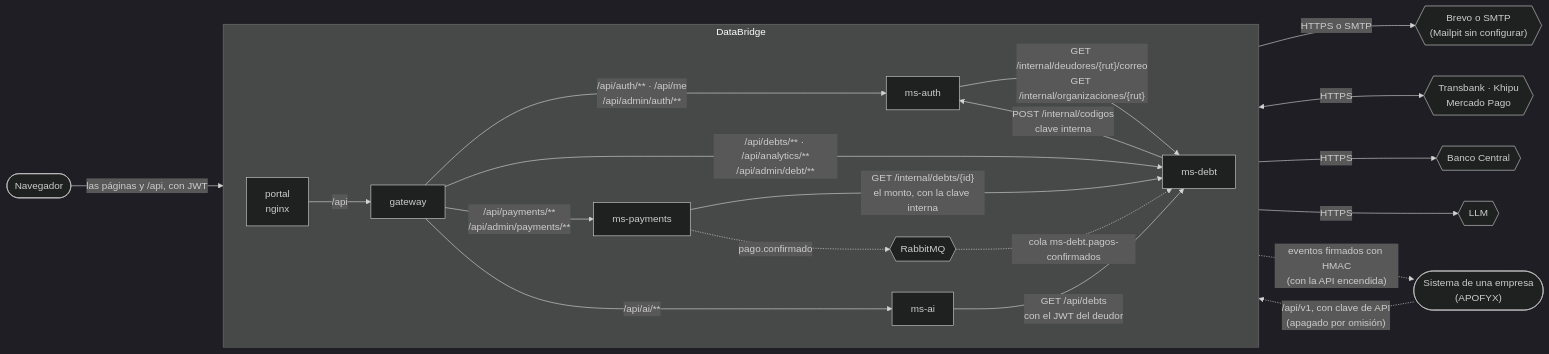
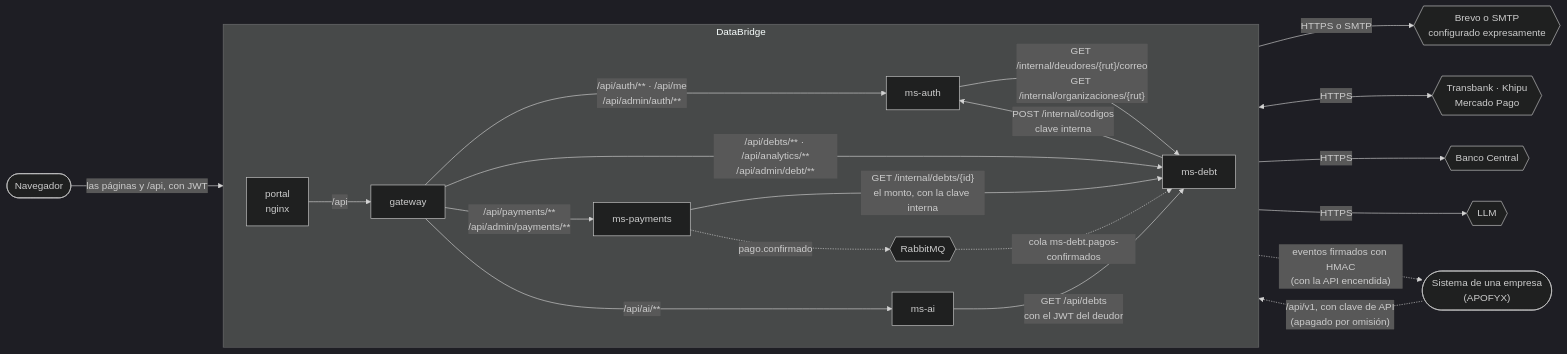
One commit to TechnicalBridge/DataBridge changed the second of 32 diagrams in README.md. Above: the diagram before and after it, drawn with Mermaid (dark theme). The commit also changed other lines of this file and 63 other files, not shown here.

````diff
--- a/README.md
+++ b/README.md
@@ -919,43 +921,43 @@
 ```mermaid
 flowchart LR
     NAV(["Navegador"])
     SIS(["Sistema de una empresa<br/>(APOFYX)"])
 
     subgraph TBW["DataBridge"]
         direction LR
         POR["portal<br/>nginx"]
         GW["gateway"]
         AUTH["ms-auth"]
         DEBT["ms-debt"]
         PAY["ms-payments"]
         AI["ms-ai"]
         MQ{{"RabbitMQ"}}
     end
 
-    CORREO{{"Brevo o SMTP<br/>(Mailpit sin configurar)"}}
+    CORREO{{"Brevo o SMTP<br/>configurado expresamente"}}
     PAS{{"Transbank · Khipu<br/>Mercado Pago"}}
     BCC{{"Banco Central"}}
     LLM{{"LLM"}}
 
     NAV -->|"las páginas y /api, con JWT"| POR
     SIS -.->|"/api/v1, con clave de API<br/>(apagado por omisión)"| POR
     POR -->|"/api"| GW
 
     GW -->|"/api/auth/** · /api/me<br/>/api/admin/auth/**"| AUTH
     GW -->|"/api/debts/** · /api/analytics/**<br/>/api/admin/debt/**"| DEBT
     GW -->|"/api/payments/**<br/>/api/admin/payments/**"| PAY
     GW -->|"/api/ai/**"| AI
 
     DEBT -->|"POST /internal/codigos<br/>clave interna"| AUTH
     AUTH -->|"GET /internal/deudores/{rut}/correo<br/>GET /internal/organizaciones/{rut}"| DEBT
     PAY -->|"GET /internal/debts/{id}<br/>el monto, con la clave interna"| DEBT
     PAY -.->|"pago.confirmado"| MQ
     MQ -.->|"cola ms-debt.pagos-confirmados"| DEBT
     AI -->|"GET /api/debts<br/>con el JWT del deudor"| DEBT
 
     AUTH -->|"HTTPS o SMTP"| CORREO
     PAY <-->|"HTTPS"| PAS
     PAY -->|"HTTPS"| BCC
     AI -->|"HTTPS"| LLM
     DEBT -.->|"eventos firmados con HMAC<br/>(con la API encendida)"| SIS
 ```
````
